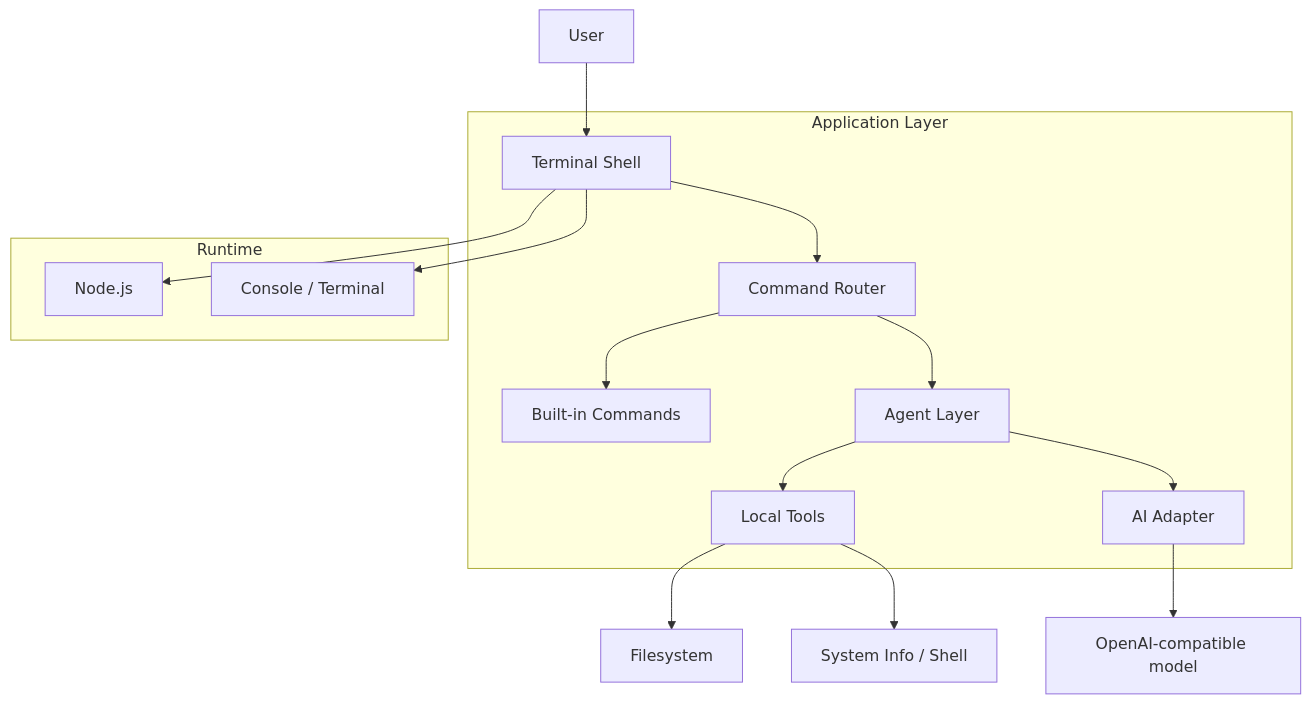
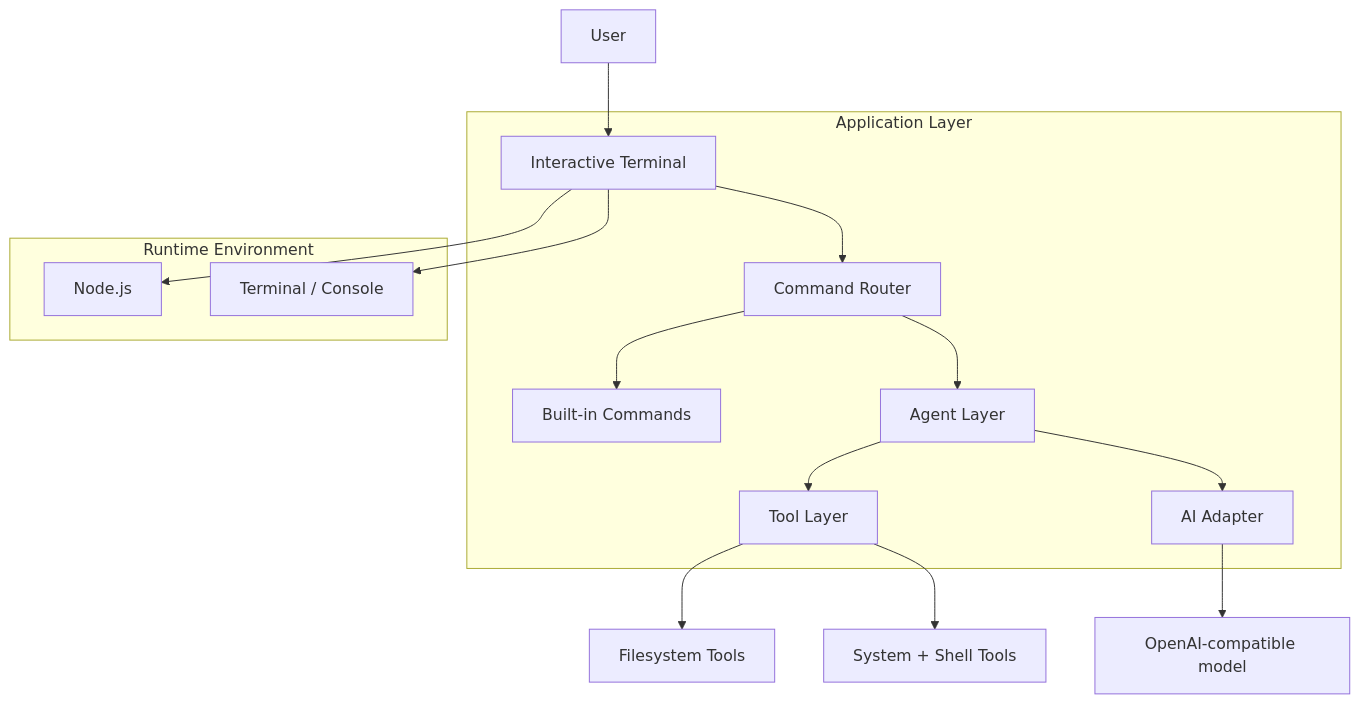
One commit to kormanlukas-cyber/AI-Terminal changed the diagram in ARCHITECTURE.md. Above: the diagram before and after it, drawn with Mermaid. The commit also changed other lines of this file and 4 other files, not shown here.

````diff
--- a/ARCHITECTURE.md
+++ b/ARCHITECTURE.md
@@ -5,29 +5,29 @@
 ```mermaid
 flowchart TD
-    User["User"] --> Shell["Terminal Shell"]
+    User["User"] --> Shell["Interactive Terminal"]
     Shell --> Router["Command Router"]
     Router --> Local["Built-in Commands"]
     Router --> Agent["Agent Layer"]
-    Agent --> Tools["Local Tools"]
-    Tools --> FS["Filesystem"]
-    Tools --> OS["System Info / Shell"]
+    Agent --> Tools["Tool Layer"]
+    Tools --> Filesystem["Filesystem Tools"]
+    Tools --> System["System + Shell Tools"]
     Agent --> AI["AI Adapter"]
     AI --> LLM["OpenAI-compatible model"]
 
     subgraph App["Application Layer"]
         Shell
         Router
         Local
         Agent
         Tools
         AI
     end
 
-    subgraph Runtime["Runtime"]
+    subgraph Runtime["Runtime Environment"]
         Node["Node.js"]
-        Console["Console / Terminal"]
+        Console["Terminal / Console"]
     end
 
     Shell --> Node
     Shell --> Console
 ```
````
